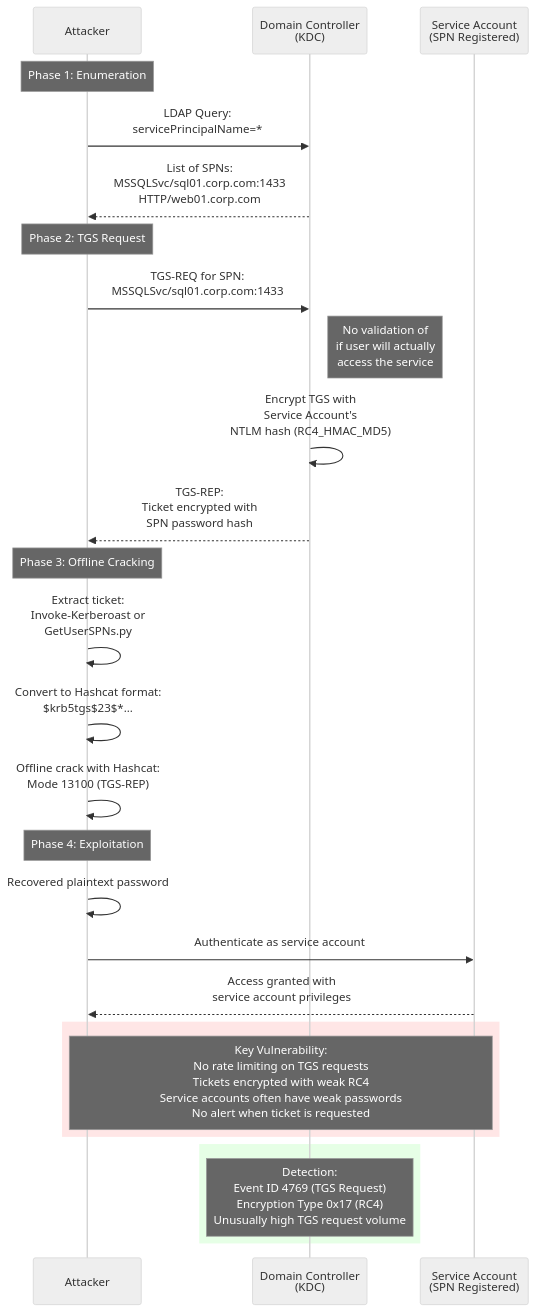
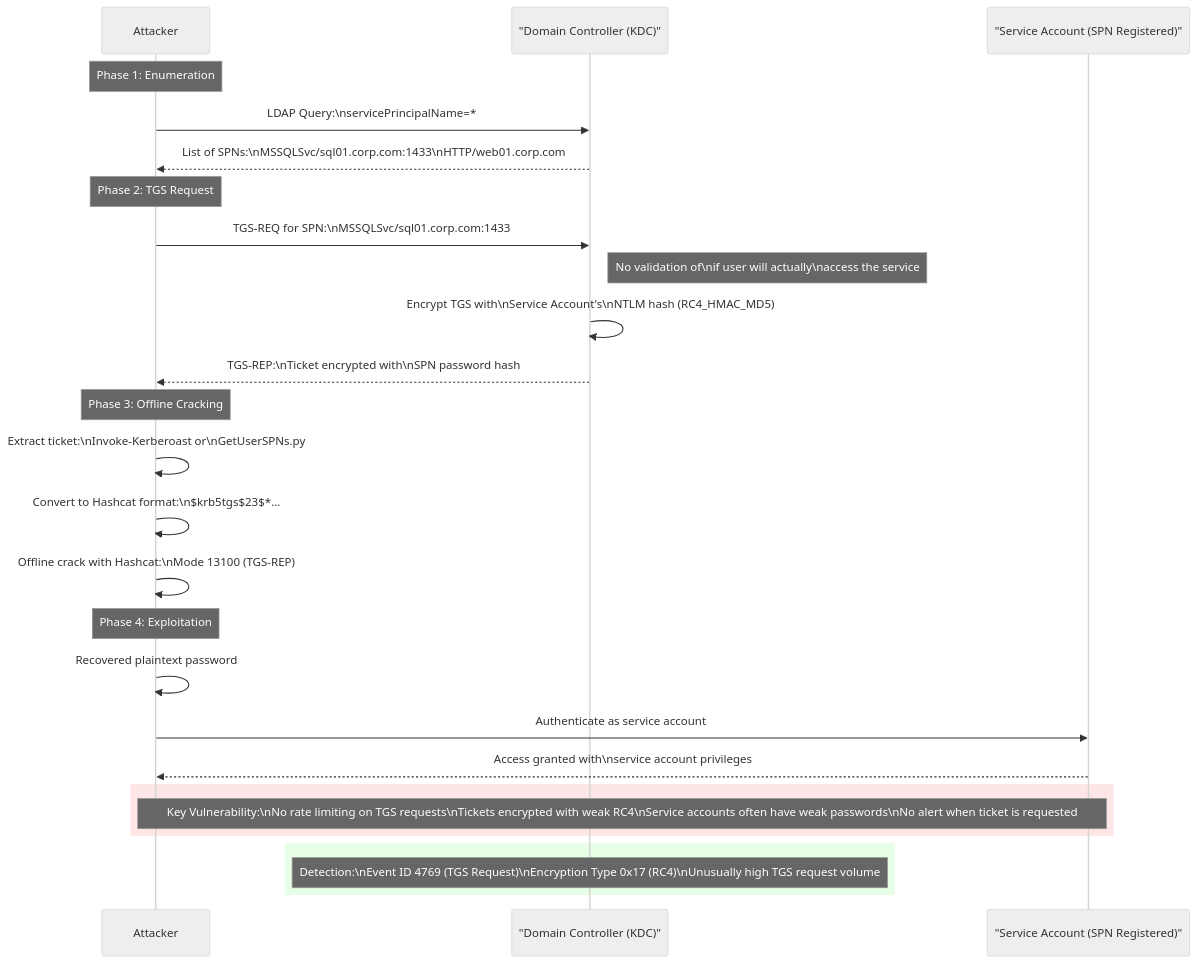
Before and after one commit to Maverick-sudo/Academy-WebApp: diagram 12 of 27 in content/study-notes/security/ethical-hacking/ActiveDirectoryPentest.md, drawn with Mermaid (neutral theme). The commit also changed other lines of this file and 204 other files, not shown here.

````diff
--- a/content/study-notes/security/ethical-hacking/ActiveDirectoryPentest.md
+++ b/content/study-notes/security/ethical-hacking/ActiveDirectoryPentest.md
@@ -1984,34 +1984,34 @@
 ```mermaid
 sequenceDiagram
-    participant Attacker;
-    participant DC as Domain Controller<br/>(KDC);
-    participant SPN as Service Account<br/>(SPN Registered);
+    participant Attacker
+    participant DC as "Domain Controller (KDC)"
+    participant SPN as "Service Account (SPN Registered)"
     
     Note over Attacker: Phase 1: Enumeration
-    Attacker->>DC: LDAP Query:<br/>servicePrincipalName=*
-    DC-->>Attacker: List of SPNs:<br/>MSSQLSvc/sql01.corp.com:1433<br/>HTTP/web01.corp.com
+    Attacker->>DC: LDAP Query:\nservicePrincipalName=*
+    DC-->>Attacker: List of SPNs:\nMSSQLSvc/sql01.corp.com:1433\nHTTP/web01.corp.com
     
     Note over Attacker: Phase 2: TGS Request
-    Attacker->>DC: TGS-REQ for SPN:<br/>MSSQLSvc/sql01.corp.com:1433
-    Note right of DC: No validation of<br/>if user will actually<br/>access the service
-    DC->>DC: Encrypt TGS with<br/>Service Account's<br/>NTLM hash (RC4_HMAC_MD5)
-    DC-->>Attacker: TGS-REP:<br/>Ticket encrypted with<br/>SPN password hash
+    Attacker->>DC: TGS-REQ for SPN:\nMSSQLSvc/sql01.corp.com:1433
+    Note right of DC: No validation of\nif user will actually\naccess the service
+    DC->>DC: Encrypt TGS with\nService Account's\nNTLM hash (RC4_HMAC_MD5)
+    DC-->>Attacker: TGS-REP:\nTicket encrypted with\nSPN password hash
     
     Note over Attacker: Phase 3: Offline Cracking
-    Attacker->>Attacker: Extract ticket:<br/>Invoke-Kerberoast or<br/>GetUserSPNs.py
-    Attacker->>Attacker: Convert to Hashcat format:<br/>$krb5tgs$23$*...
-    Attacker->>Attacker: Offline crack with Hashcat:<br/>Mode 13100 (TGS-REP)
+    Attacker->>Attacker: Extract ticket:\nInvoke-Kerberoast or\nGetUserSPNs.py
+    Attacker->>Attacker: Convert to Hashcat format:\n$krb5tgs$23$*...
+    Attacker->>Attacker: Offline crack with Hashcat:\nMode 13100 (TGS-REP)
     
     Note over Attacker: Phase 4: Exploitation
     Attacker->>Attacker: Recovered plaintext password
     Attacker->>SPN: Authenticate as service account
-    SPN-->>Attacker: Access granted with<br/>service account privileges
+    SPN-->>Attacker: Access granted with\nservice account privileges
     
     rect rgb(255, 230, 230)
-        Note over Attacker,SPN: Key Vulnerability:<br/>No rate limiting on TGS requests<br/>Tickets encrypted with weak RC4<br/>Service accounts often have weak passwords<br/>No alert when ticket is requested
+        Note over Attacker,SPN: Key Vulnerability:\nNo rate limiting on TGS requests\nTickets encrypted with weak RC4\nService accounts often have weak passwords\nNo alert when ticket is requested
     end
     
     rect rgb(230, 255, 230)
-        Note over DC: Detection:<br/>Event ID 4769 (TGS Request)<br/>Encryption Type 0x17 (RC4)<br/>Unusually high TGS request volume
+        Note over DC: Detection:\nEvent ID 4769 (TGS Request)\nEncryption Type 0x17 (RC4)\nUnusually high TGS request volume
     end
 ```
````
